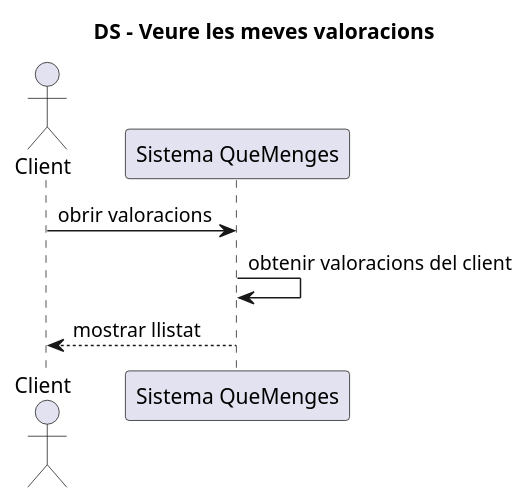
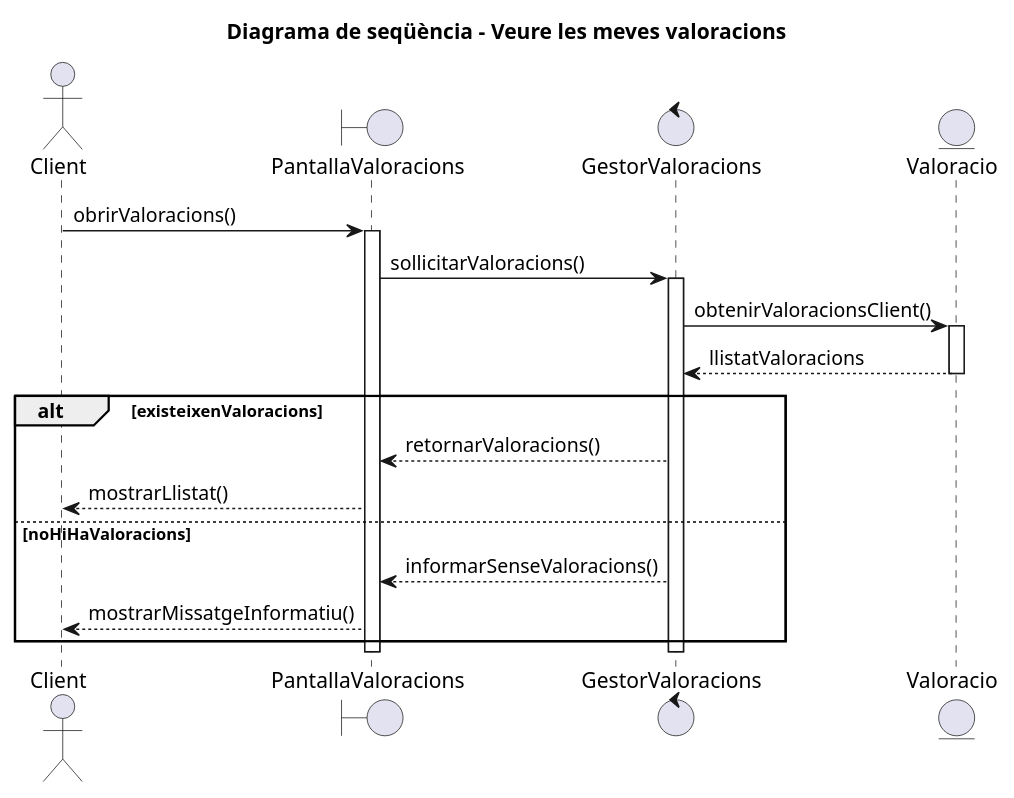
Before and after one commit to enricalv03/ES23UAB-411-08: the diagram in diagrames/sequencia/casos/client/veure-valoracions.puml, drawn with PlantUML.

Commit message:
Update sequence diagram for viewing ratings

```diff
--- a/diagrames/sequencia/casos/client/veure-valoracions.puml
+++ b/diagrames/sequencia/casos/client/veure-valoracions.puml
@@ -1,11 +1,31 @@
-@startuml DiagramUnamed-veure-valoracions
-title DS - Veure les meves valoracions
+@startuml
+title Diagrama de seqüència - Veure les meves valoracions
 
-actor Client as Cl
-participant "Sistema QueMenges" as S
+actor Client
 
-Cl -> S: obrir valoracions
-S -> S: obtenir valoracions del client
-S --> Cl: mostrar llistat
+boundary "PantallaValoracions" as Pantalla
+control "GestorValoracions" as Gestor
+entity "Valoracio" as ValoracioDB
 
+Client -> Pantalla: obrirValoracions()
+activate Pantalla
+
+Pantalla -> Gestor: sollicitarValoracions()
+activate Gestor
+
+Gestor -> ValoracioDB: obtenirValoracionsClient()
+activate ValoracioDB
+ValoracioDB --> Gestor: llistatValoracions
+deactivate ValoracioDB
+
+alt existeixenValoracions
+    Gestor --> Pantalla: retornarValoracions()
+    Pantalla --> Client: mostrarLlistat()
+else noHiHaValoracions
+    Gestor --> Pantalla: informarSenseValoracions()
+    Pantalla --> Client: mostrarMissatgeInformatiu()
+end
+
+deactivate Gestor
+deactivate Pantalla
 @enduml
```
